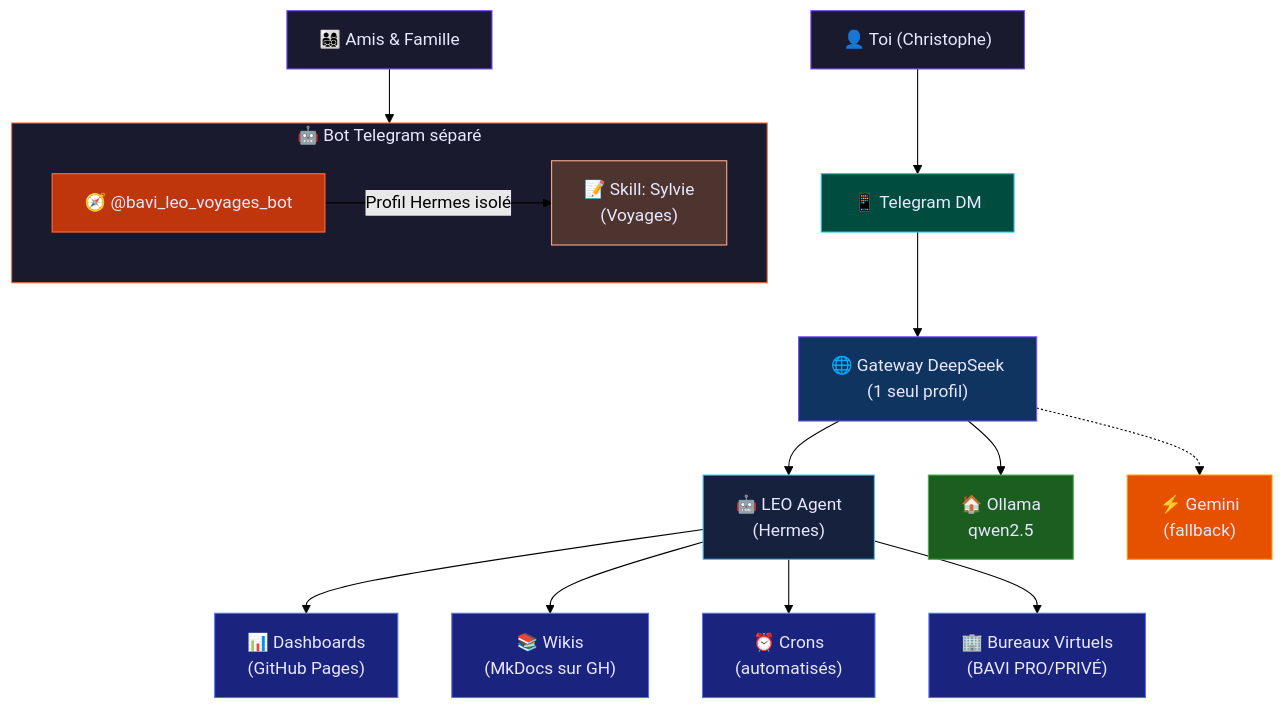
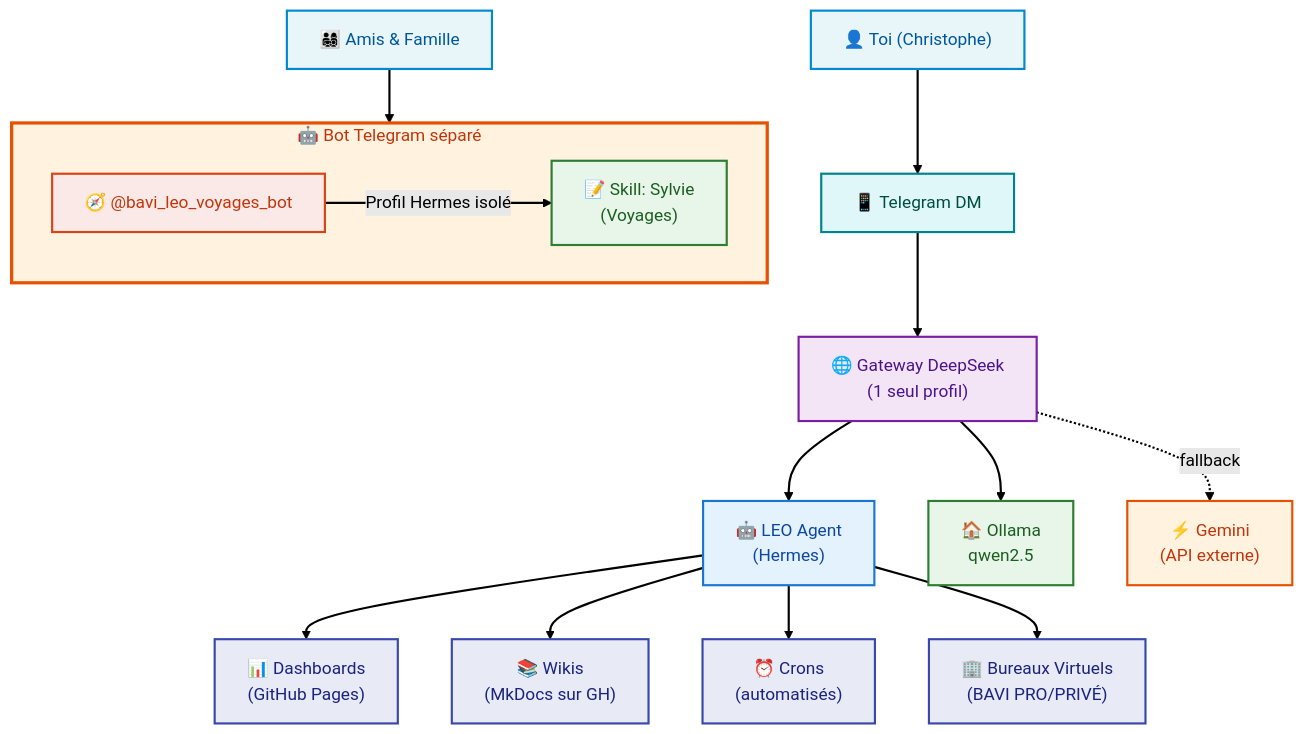
Before and after one commit to christophedanhier-hash/hermes-wiki: the third of 3 diagrams in docs/hermes/architecture-communication.md, drawn with Mermaid (forest theme). The commit also changed other lines of this file, not shown here.

Commit message:
mermaid: couleurs claires, bordures epaisses (2-3px), lignes visibles

````diff
--- a/docs/hermes/architecture-communication.md
+++ b/docs/hermes/architecture-communication.md
@@ -78,36 +79,37 @@
 ``` mermaid
 flowchart TD
     Toi["👤 Toi (Christophe)"] --> DM["📱 Telegram DM"]
     DM --> Gateway2["🌐 Gateway DeepSeek<br/>(1 seul profil)"]
     
     Gateway2 --> LEO["🤖 LEO Agent<br/>(Hermes)"]
     Gateway2 --> Ollama2["🏠 Ollama<br/>qwen2.5"]
-    Gateway2 -.-> Gemini2["⚡ Gemini<br/>(fallback)"]
+    Gateway2 -.->|fallback| Gemini2["⚡ Gemini<br/>(API externe)"]
     
     LEO --> Dash["📊 Dashboards<br/>(GitHub Pages)"]
     LEO --> Wiki["📚 Wikis<br/>(MkDocs sur GH)"]
     LEO --> Crons["⏰ Crons<br/>(automatisés)"]
     LEO --> BAVI["🏢 Bureaux Virtuels<br/>(BAVI PRO/PRIVÉ)"]
     
     subgraph BOT2["🤖 Bot Telegram séparé"]
         direction LR
-        Bot["🧭 @bavi_leo_voyages_bot"] -->|Profil Hermes isolé| Skill["📝 Skill: Sylvie<br/>(Voyages)"]
+        Bot["🧭 @bavi_leo_voyages_bot"] -->|Profil Hermes isolé| Skill3["📝 Skill: Sylvie<br/>(Voyages)"]
     end
     
     Amis["👨‍👩‍👧‍👦 Amis & Famille"] --> Bot
     
-    style Toi fill:#1a1a2e,stroke:#7c4dff,color:#e8e8ff
-    style DM fill:#004d40,stroke:#26c6da,color:#e8e8ff
-    style Gateway2 fill:#0f3460,stroke:#7c4dff,color:#e8e8ff
-    style LEO fill:#16213e,stroke:#4fc3f7,color:#e8e8ff
-    style Ollama2 fill:#1b5e20,stroke:#4caf50,color:#e8e8ff
-    style Gemini2 fill:#e65100,stroke:#ff9800,color:#e8e8ff
-    style Dash fill:#1a237e,stroke:#536dfe,color:#e8e8ff
-    style Wiki fill:#1a237e,stroke:#536dfe,color:#e8e8ff
-    style Crons fill:#1a237e,stroke:#536dfe,color:#e8e8ff
-    style BAVI fill:#1a237e,stroke:#536dfe,color:#e8e8ff
-    style BOT2 fill:#1a1a2e,stroke:#ff7043,color:#e8e8ff
-    style Bot fill:#bf360c,stroke:#ff7043,color:#e8e8ff
-    style Skill fill:#4e342e,stroke:#ffab91,color:#e8e8ff
-    style Amis fill:#1a1a2e,stroke:#7c4dff,color:#e8e8ff
+    style Toi fill:#e8f5f9,stroke:#0288d1,stroke-width:2px,color:#01579b
+    style DM fill:#e0f7fa,stroke:#00838f,stroke-width:2px,color:#004d40
+    style Gateway2 fill:#f3e5f5,stroke:#7b1fa2,stroke-width:2px,color:#4a148c
+    style LEO fill:#e3f2fd,stroke:#1976d2,stroke-width:2px,color:#0d47a1
+    style Ollama2 fill:#e8f5e9,stroke:#2e7d32,stroke-width:2px,color:#1b5e20
+    style Gemini2 fill:#fff3e0,stroke:#e65100,stroke-width:2px,color:#bf360c
+    style Dash fill:#e8eaf6,stroke:#3949ab,stroke-width:2px,color:#1a237e
+    style Wiki fill:#e8eaf6,stroke:#3949ab,stroke-width:2px,color:#1a237e
+    style Crons fill:#e8eaf6,stroke:#3949ab,stroke-width:2px,color:#1a237e
+    style BAVI fill:#e8eaf6,stroke:#3949ab,stroke-width:2px,color:#1a237e
+    style BOT2 fill:#fff3e0,stroke:#e65100,stroke-width:3px,color:#bf360c
+    style Bot fill:#fbe9e7,stroke:#d84315,stroke-width:2px,color:#bf360c
+    style Skill3 fill:#e8f5e9,stroke:#2e7d32,stroke-width:2px,color:#1b5e20
+    style Amis fill:#e8f5f9,stroke:#0288d1,stroke-width:2px,color:#01579b
+    linkStyle default stroke-width:2px,fill:none
 ```
````
